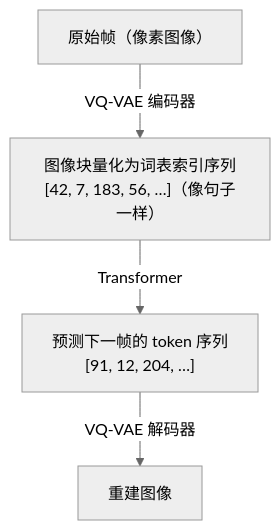
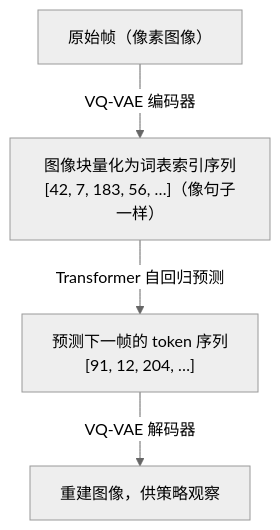
Before and after one commit to zhimin-z/learn-world-model: the diagram in docs/zh/lectures/lecture-03-architecture-patterns/01-architectures-rnn-transformer-diffusion.md, drawn with Mermaid (neutral theme). The commit also changed other lines of this file and 44 other files, not shown here.

````diff
--- a/docs/zh/lectures/lecture-03-architecture-patterns/01-architectures-rnn-transformer-diffusion.md
+++ b/docs/zh/lectures/lecture-03-architecture-patterns/01-architectures-rnn-transformer-diffusion.md
@@ -56,6 +58,6 @@
 ```mermaid
 flowchart TD
     A["原始帧（像素图像）"] -->|"VQ-VAE 编码器"| B["图像块量化为词表索引序列\n[42, 7, 183, 56, …]（像句子一样）"]
-    B -->|"Transformer"| C["预测下一帧的 token 序列\n[91, 12, 204, …]"]
-    C -->|"VQ-VAE 解码器"| D["重建图像"]
+    B -->|"Transformer 自回归预测"| C["预测下一帧的 token 序列\n[91, 12, 204, …]"]
+    C -->|"VQ-VAE 解码器"| D["重建图像，供策略观察"]
 ```
````
